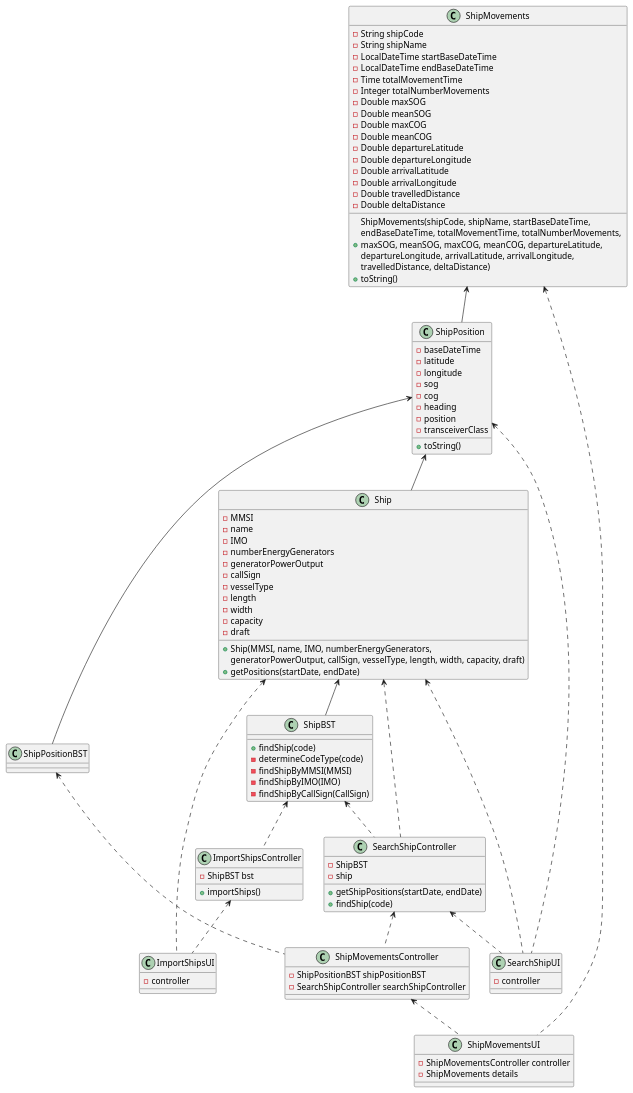
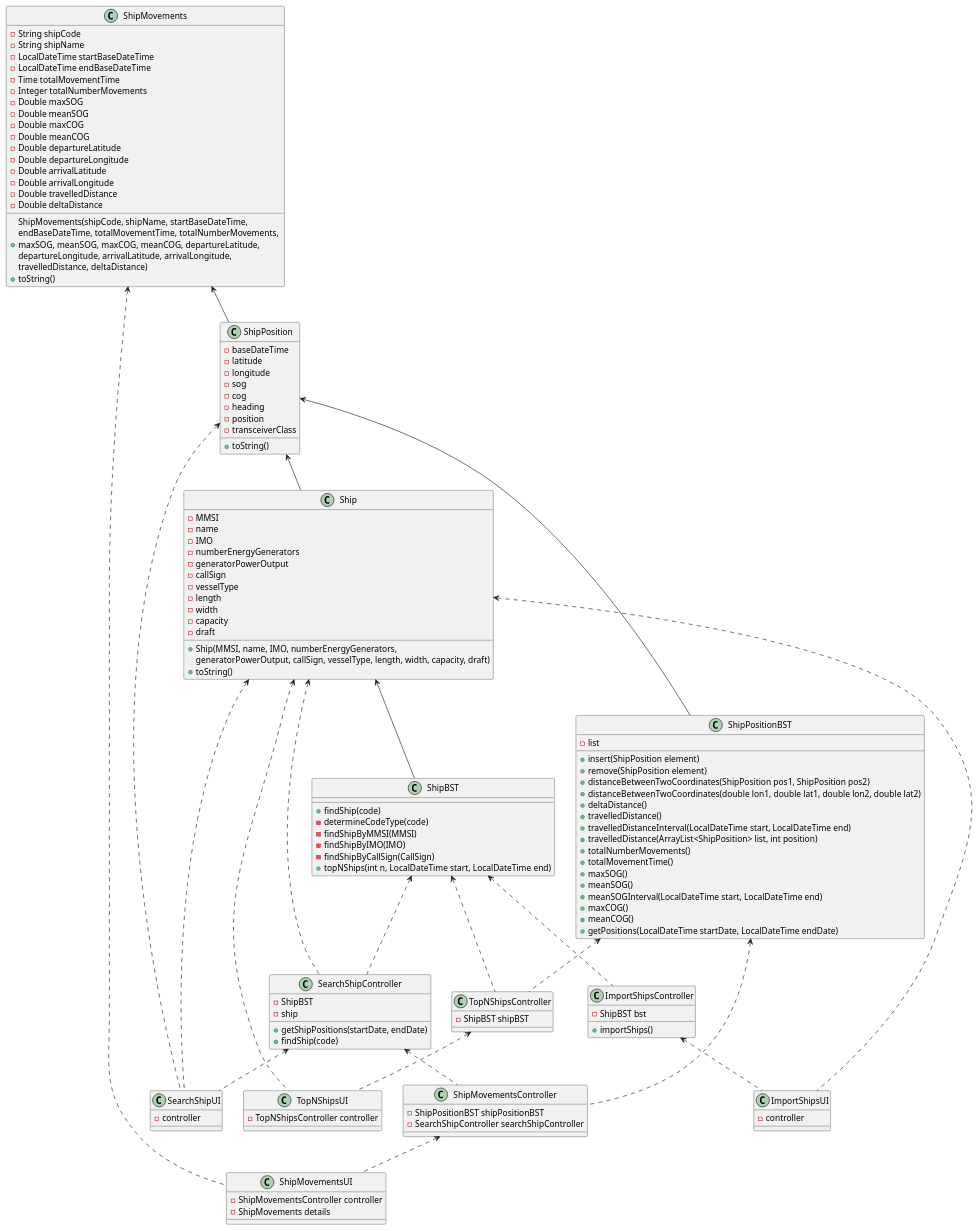
One commit to 1190772/LAB-Project-3 changed the diagram in docs/Sprint 1/Class Diagram/CD.puml. Above: the diagram before and after it, drawn with PlantUML. The commit also changed 2 other files, not shown here.

Commit message:
Atualização do Class Diagram.

```diff
--- a/docs/Sprint 1/Class Diagram/CD.puml
+++ b/docs/Sprint 1/Class Diagram/CD.puml
@@ -1,124 +1,152 @@
 @startuml
 'https://plantuml.com/class-diagram
 
 class SearchShipUI {
 - controller
 }
 
 class SearchShipController {
 - ShipBST
 - ship
 + getShipPositions(startDate, endDate)
 + findShip(code)
 }
 
 class ShipBST {
 + findShip(code)
 - determineCodeType(code)
 - findShipByMMSI(MMSI)
 - findShipByIMO(IMO)
 - findShipByCallSign(CallSign)
++ topNShips(int n, LocalDateTime start, LocalDateTime end)
 }
 
 class Ship {
 -MMSI
 -name
 -IMO
 -numberEnergyGenerators
 -generatorPowerOutput
 -callSign
 -vesselType
 -length
 -width
 -capacity
 -draft
 + Ship(MMSI, name, IMO, numberEnergyGenerators,
           generatorPowerOutput, callSign, vesselType, length, width, capacity, draft)
-+ getPositions(startDate, endDate)
++ toString()
 }
 
 class ShipPosition {
 -baseDateTime
 -latitude
 -longitude
 -sog
 -cog
 -heading
 -position
 -transceiverClass
 + toString()
 }
 
 class ShipMovementsUI {
 - ShipMovementsController controller
 - ShipMovements details
 }
 
 class ShipMovementsController {
 - ShipPositionBST shipPositionBST
 - SearchShipController searchShipController
 }
 
 class ShipMovements {
 - String shipCode
 - String shipName
 - LocalDateTime startBaseDateTime
 - LocalDateTime endBaseDateTime
 - Time totalMovementTime
 - Integer totalNumberMovements
 - Double maxSOG
 - Double meanSOG
 - Double maxCOG
 - Double meanCOG
 - Double departureLatitude
 - Double departureLongitude
 - Double arrivalLatitude
 - Double arrivalLongitude
 - Double travelledDistance
 - Double deltaDistance
 + ShipMovements(shipCode, shipName, startBaseDateTime, \nendBaseDateTime, totalMovementTime, totalNumberMovements, \nmaxSOG, meanSOG, maxCOG, meanCOG, departureLatitude, \ndepartureLongitude, arrivalLatitude, arrivalLongitude, \ntravelledDistance, deltaDistance)
 + toString()
 }
 
-class ShipPositionBST
-
 class ImportShipsUI {
 - controller
 }
 
 class ImportShipsController {
 + importShips()
 - ShipBST bst
+}
+
+class TopNShipsUI {
+- TopNShipsController controller
+}
+
+class TopNShipsController {
+- ShipBST shipBST
+}
+
+class ShipPositionBST {
+-list
++insert(ShipPosition element)
++remove(ShipPosition element)
++distanceBetweenTwoCoordinates(ShipPosition pos1, ShipPosition pos2)
++distanceBetweenTwoCoordinates(double lon1, double lat1, double lon2, double lat2)
++deltaDistance()
++travelledDistance()
++travelledDistanceInterval(LocalDateTime start, LocalDateTime end)
++travelledDistance(ArrayList<ShipPosition> list, int position)
++totalNumberMovements()
++totalMovementTime()
++maxSOG()
++meanSOG()
++meanSOGInterval(LocalDateTime start, LocalDateTime end)
++maxCOG()
++meanCOG()
++getPositions(LocalDateTime startDate, LocalDateTime endDate)
 }
 
 
 ImportShipsController <.. ImportShipsUI
 Ship <.. ImportShipsUI
 ShipBST <.. ImportShipsController
 
 
 ShipMovementsController <.. ShipMovementsUI
 ShipMovements <.. ShipMovementsUI
 SearchShipController <.. ShipMovementsController
 ShipPositionBST <.. ShipMovementsController
 
 
 SearchShipController <.. SearchShipUI
 ShipPosition <.. SearchShipUI
 Ship <.. SearchShipUI
 Ship <.. SearchShipController
 ShipBST <.. SearchShipController
 
 
 ShipPosition <-- Ship
 Ship <-- ShipBST
 ShipMovements <-- ShipPosition
 ShipPosition <-- ShipPositionBST
 
 
-
-
-
+TopNShipsController <.. TopNShipsUI
+ShipBST <.. TopNShipsController
+Ship <.. TopNShipsUI
+ShipPositionBST <.. TopNShipsController
 
 
 @enduml
```
